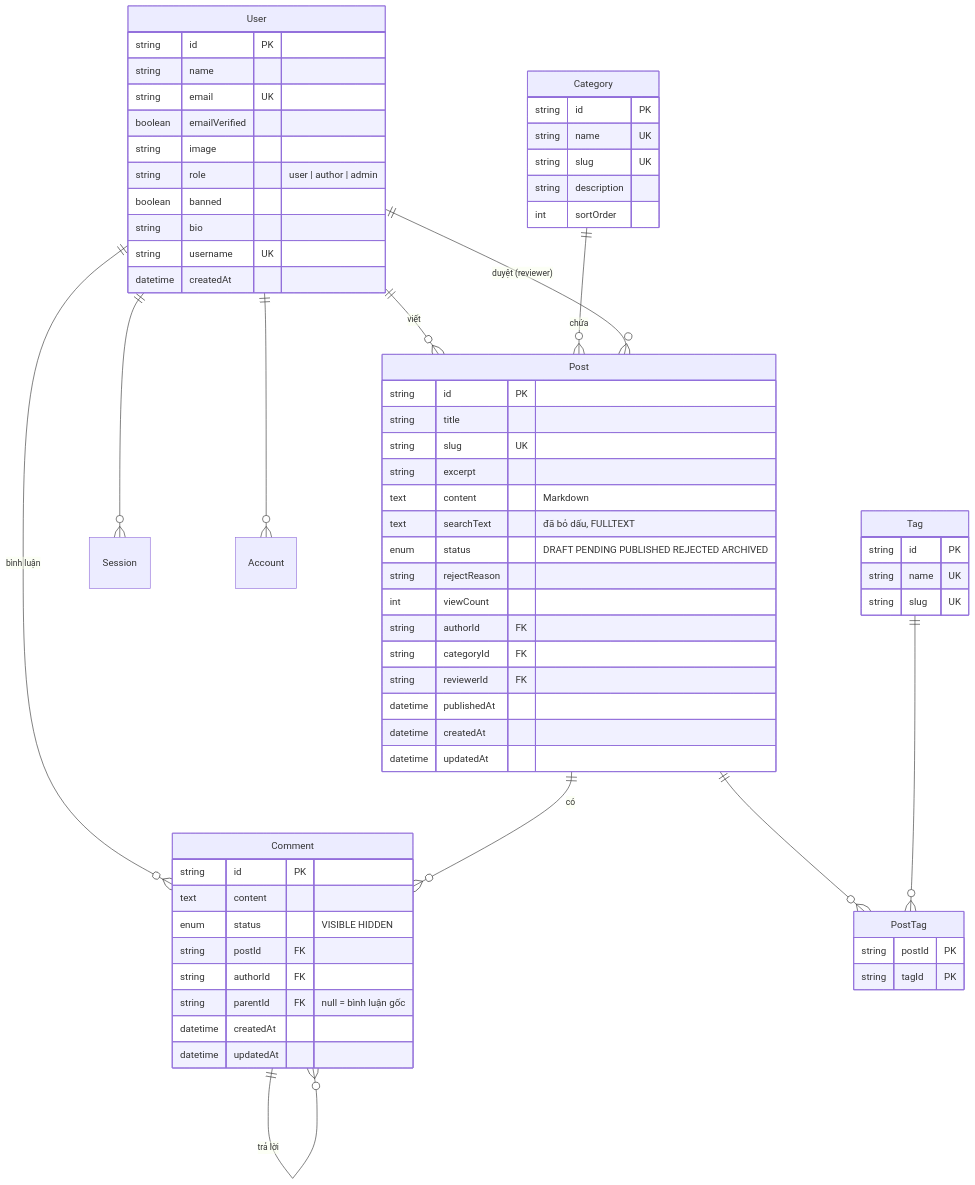
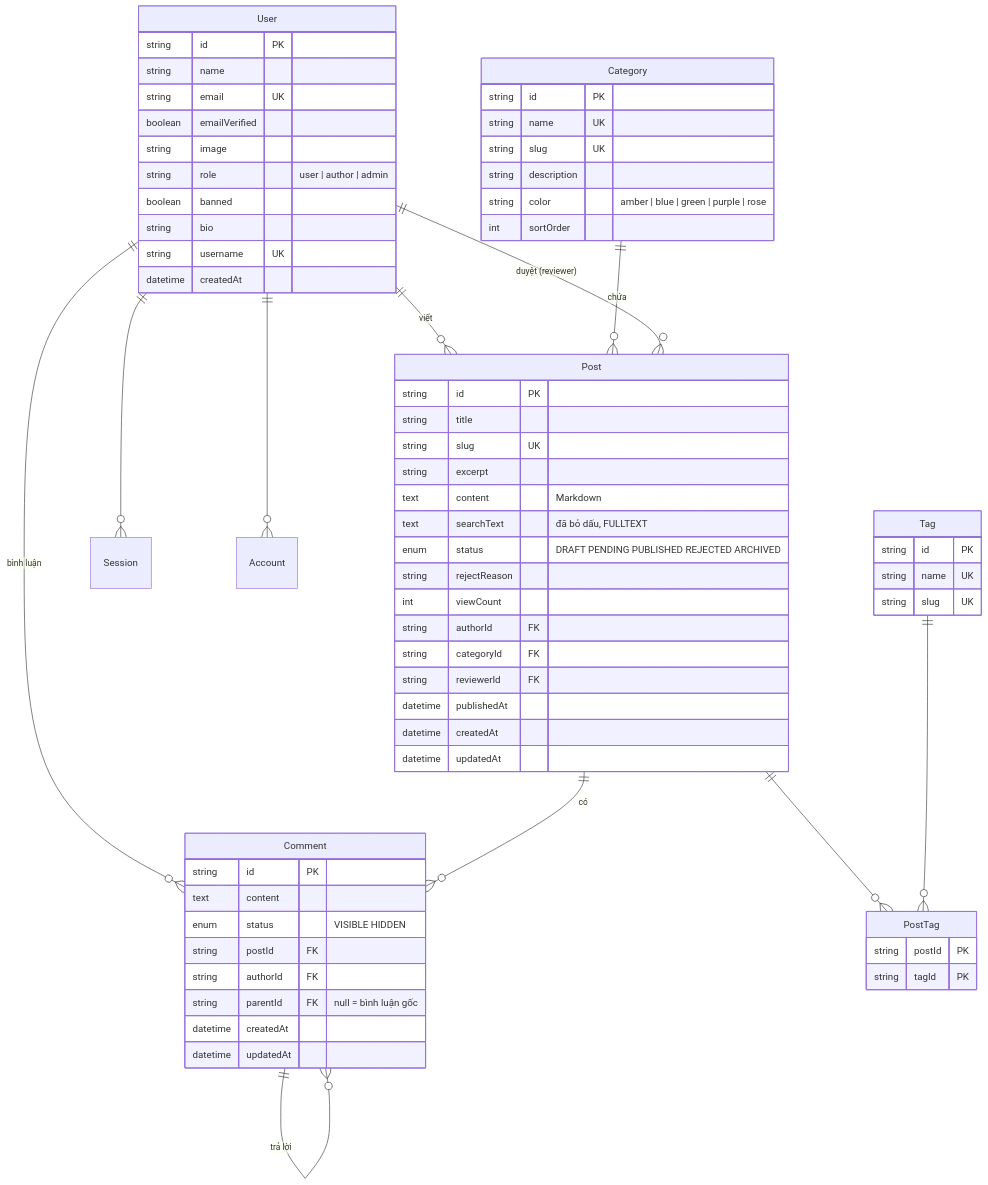
The diagram in docs/co-so-du-lieu.md (HNgTruc/Xom-Nho), drawn with Mermaid before and after one commit. The commit also changed 18 other files, not shown here.

````diff
--- a/docs/co-so-du-lieu.md
+++ b/docs/co-so-du-lieu.md
@@ -7,69 +7,70 @@
 ```mermaid
 erDiagram
   User ||--o{ Post : "viết"
   User ||--o{ Comment : "bình luận"
   User ||--o{ Session : ""
   User ||--o{ Account : ""
   Category ||--o{ Post : "chứa"
   Post ||--o{ PostTag : ""
   Tag ||--o{ PostTag : ""
   Post ||--o{ Comment : "có"
   Comment ||--o{ Comment : "trả lời"
   User ||--o{ Post : "duyệt (reviewer)"
 
   User {
     string id PK
     string name
     string email UK
     boolean emailVerified
     string image
     string role "user | author | admin"
     boolean banned
     string bio
     string username UK
     datetime createdAt
   }
   Post {
     string id PK
     string title
     string slug UK
     string excerpt
     text content "Markdown"
     text searchText "đã bỏ dấu, FULLTEXT"
     enum status "DRAFT PENDING PUBLISHED REJECTED ARCHIVED"
     string rejectReason
     int viewCount
     string authorId FK
     string categoryId FK
     string reviewerId FK
     datetime publishedAt
     datetime createdAt
     datetime updatedAt
   }
   Category {
     string id PK
     string name UK
     string slug UK
     string description
+    string color "amber | blue | green | purple | rose"
     int sortOrder
   }
   Tag {
     string id PK
     string name UK
     string slug UK
   }
   PostTag {
     string postId PK
     string tagId PK
   }
   Comment {
     string id PK
     text content
     enum status "VISIBLE HIDDEN"
     string postId FK
     string authorId FK
     string parentId FK "null = bình luận gốc"
     datetime createdAt
     datetime updatedAt
   }
 ```
````
